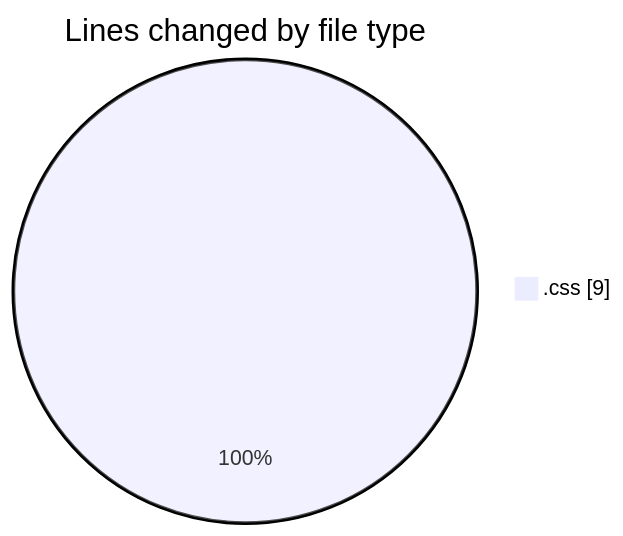
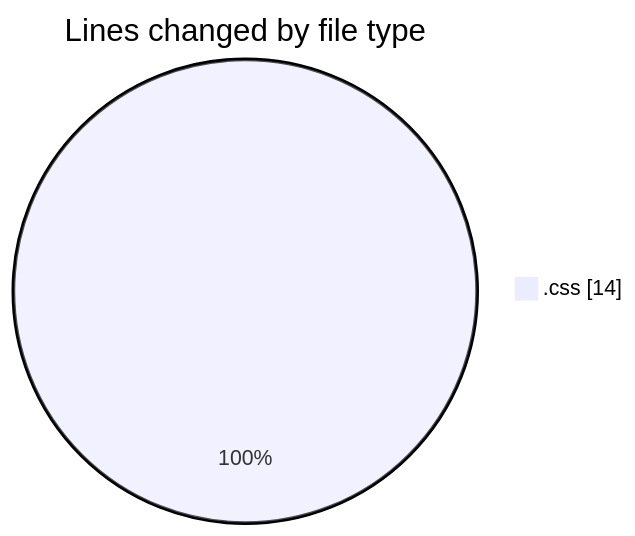
Before and after one commit to NitaiMahat/code-tracking: the first of 2 diagrams in 2025-02-05/recipe-page-main/README.md, drawn with Mermaid. The commit also changed other lines of this file and 1 other file, not shown here.

````diff
--- a/2025-02-05/recipe-page-main/README.md
+++ b/2025-02-05/recipe-page-main/README.md
@@ -20,5 +20,5 @@
 ```mermaid
 pie showData
 title Lines changed by file type
-".css" : 9
+".css" : 14
 ```
````
